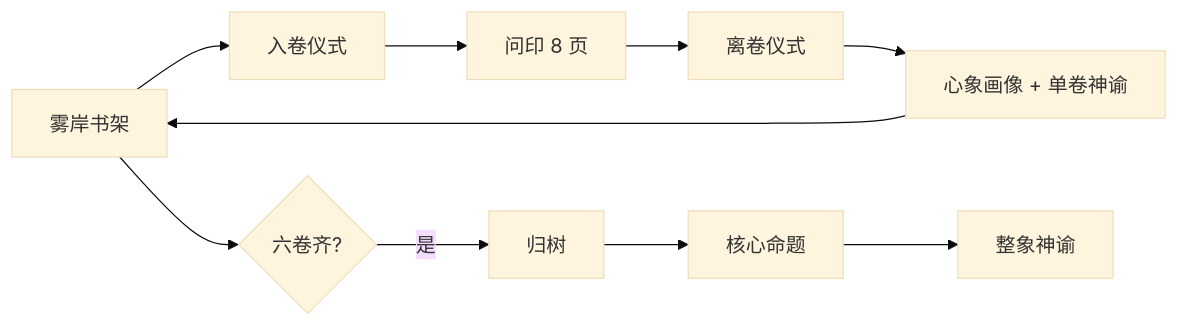
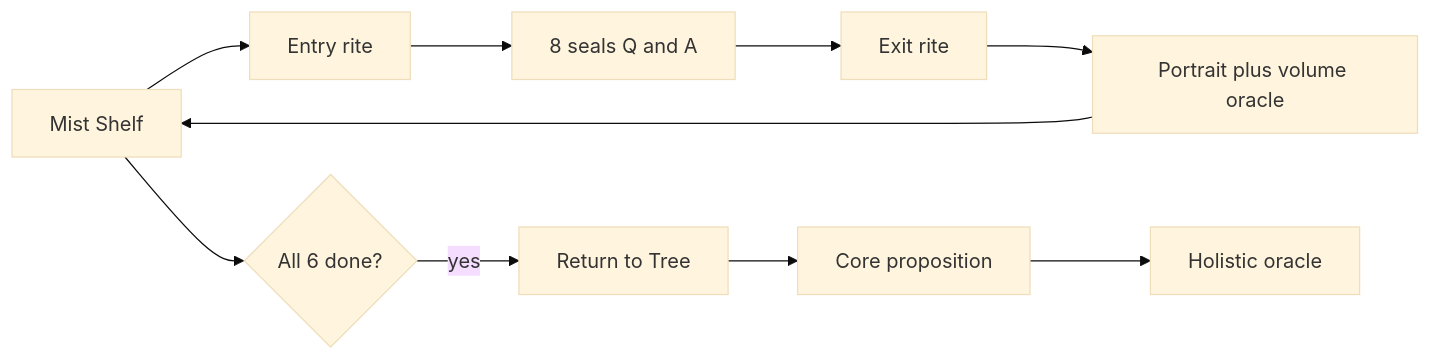
One commit to huter927419-sys/psyche-tree-demo changed the diagram in README.md. Above: the diagram before and after it, drawn with Mermaid (base theme). The commit also changed other lines of this file and 13 other files, not shown here.

````diff
--- a/README.md
+++ b/README.md
@@ -80,12 +85,12 @@
 ```mermaid
 flowchart LR
-  A[雾岸书架] --> B[入卷仪式]
-  B --> C[问印 8 页]
-  C --> D[离卷仪式]
-  D --> E[心象画像 + 单卷神谕]
+  A[Mist Shelf] --> B[Entry rite]
+  B --> C[8 seals Q and A]
+  C --> D[Exit rite]
+  D --> E[Portrait plus volume oracle]
   E --> A
-  A --> F{六卷齐?}
-  F -->|是| G[归树]
-  G --> H[核心命题]
-  H --> I[整象神谕]
+  A --> F{All 6 done?}
+  F -->|yes| G[Return to Tree]
+  G --> H[Core proposition]
+  H --> I[Holistic oracle]
 ```
````
